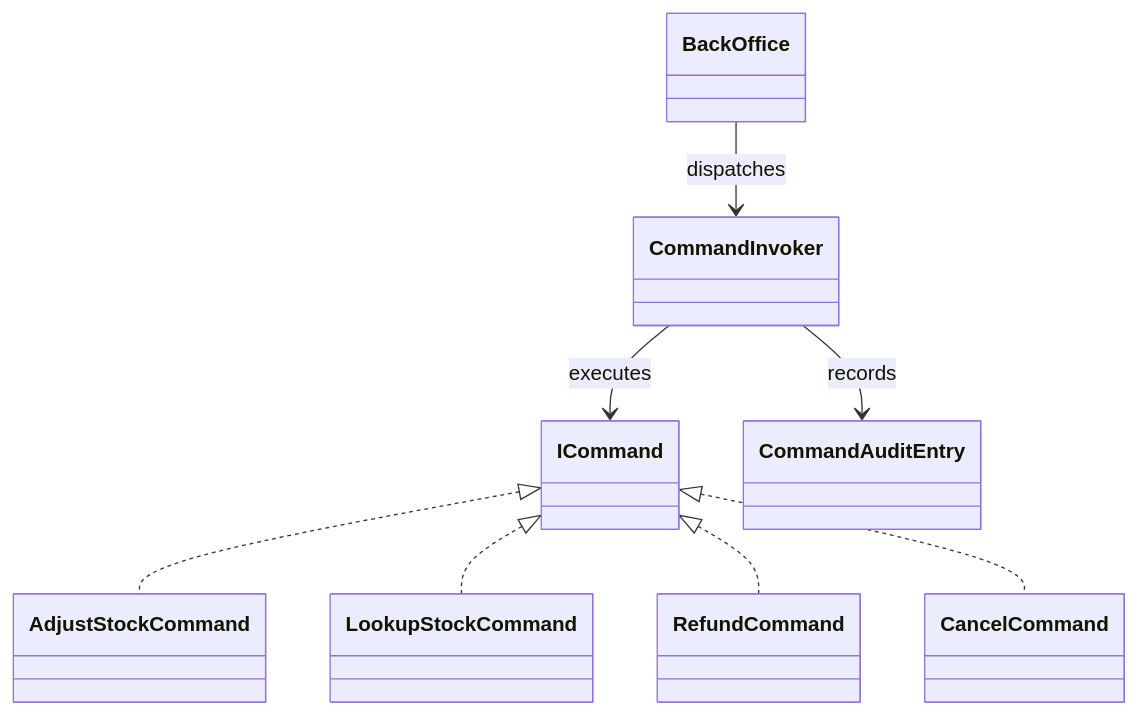
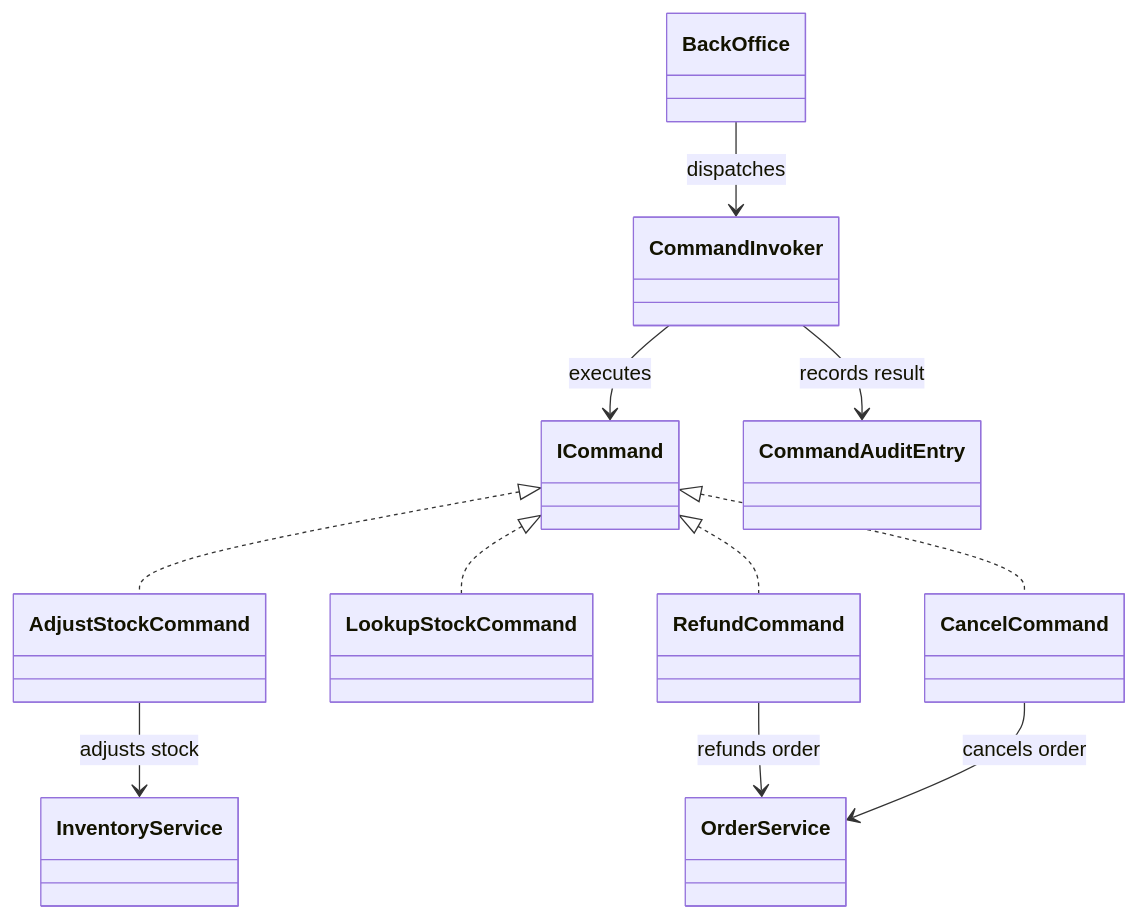
Before and after one commit to vaughnellis/gang-of-four-in-action: the first of 2 diagrams in patterns/behavioral/command/README.md, drawn with Mermaid. The commit also changed other lines of this file and 34 other files, not shown here.

````diff
--- a/patterns/behavioral/command/README.md
+++ b/patterns/behavioral/command/README.md
@@ -24,10 +54,13 @@
 ```mermaid
 classDiagram
-	BackOffice --> CommandInvoker : dispatches
-	CommandInvoker --> ICommand : executes
-	ICommand <|.. AdjustStockCommand
-	ICommand <|.. LookupStockCommand
-	ICommand <|.. RefundCommand
-	ICommand <|.. CancelCommand
-	CommandInvoker --> CommandAuditEntry : records
+    BackOffice --> CommandInvoker : dispatches
+    CommandInvoker --> ICommand : executes
+    ICommand <|.. AdjustStockCommand
+    ICommand <|.. LookupStockCommand
+    ICommand <|.. RefundCommand
+    ICommand <|.. CancelCommand
+    CommandInvoker --> CommandAuditEntry : records result
+    AdjustStockCommand --> InventoryService : adjusts stock
+    RefundCommand --> OrderService : refunds order
+    CancelCommand --> OrderService : cancels order
 ```
````
